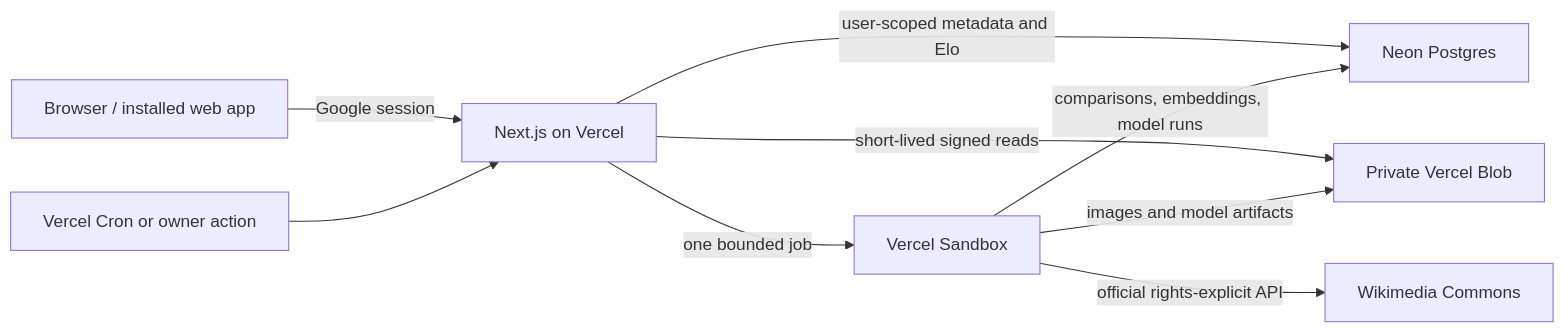
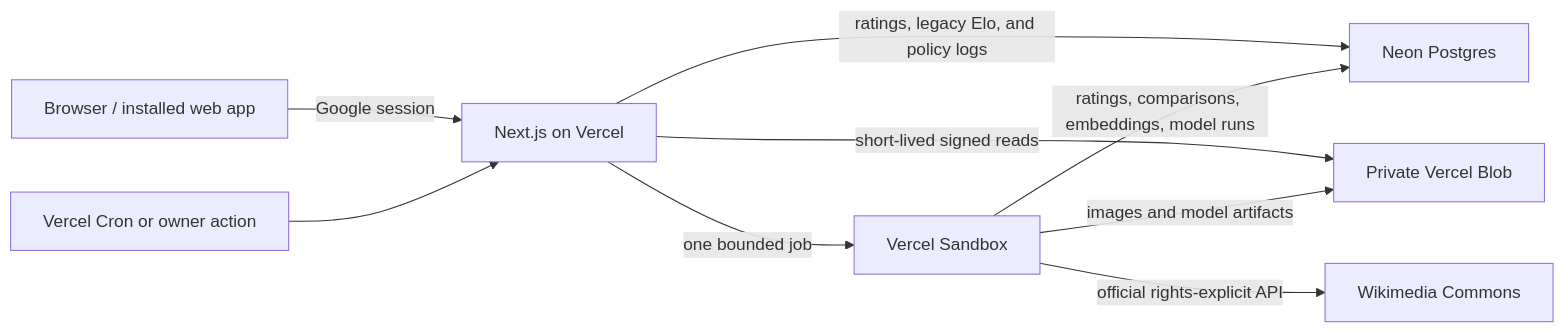
Before and after one commit to aidanmclaughlin/image-ranker: the diagram in README.md, drawn with Mermaid. The commit also changed other lines of this file and 26 other files, not shown here.

````diff
--- a/README.md
+++ b/README.md
@@ -23,11 +22,11 @@
 ```mermaid
 flowchart LR
     Browser["Browser / installed web app"] -->|"Google session"| Next["Next.js on Vercel"]
-    Next -->|"user-scoped metadata and Elo"| Neon["Neon Postgres"]
+    Next -->|"ratings, legacy Elo, and policy logs"| Neon["Neon Postgres"]
     Next -->|"short-lived signed reads"| Blob["Private Vercel Blob"]
     Cron["Vercel Cron or owner action"] --> Next
     Next -->|"one bounded job"| Sandbox["Vercel Sandbox"]
-    Sandbox -->|"comparisons, embeddings, model runs"| Neon
+    Sandbox -->|"ratings, comparisons, embeddings, model runs"| Neon
     Sandbox -->|"images and model artifacts"| Blob
     Sandbox -->|"official rights-explicit API"| Commons["Wikimedia Commons"]
 ```
````
